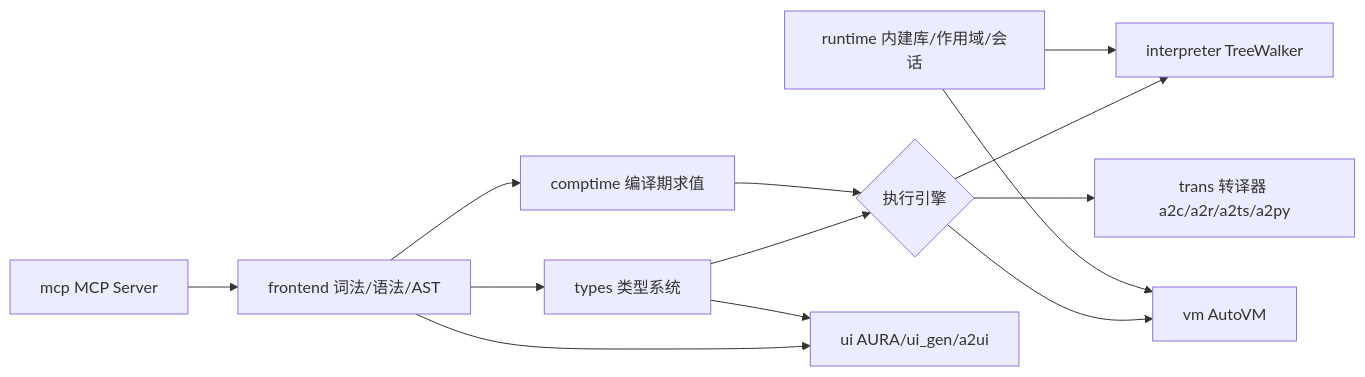
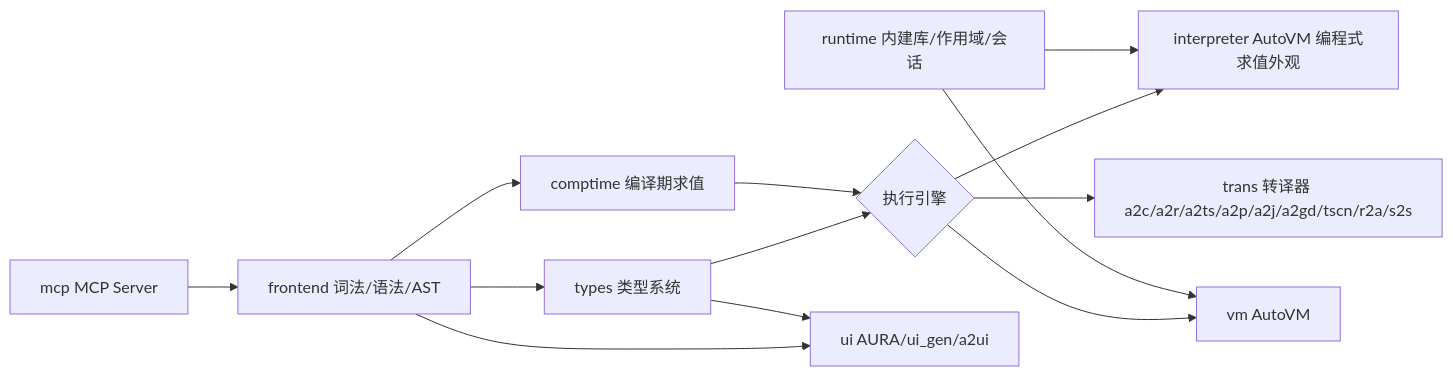
Before and after one commit to auto-stack/auto-lang: the diagram in docs/specs/auto-lang/project.md, drawn with Mermaid. The commit also changed other lines of this file and 3 other files, not shown here.

````diff
--- a/docs/specs/auto-lang/project.md
+++ b/docs/specs/auto-lang/project.md
@@ -18,24 +18,24 @@
 ```mermaid
 graph LR
   FE[frontend 词法/语法/AST] --> TY[types 类型系统]
   FE --> CT[comptime 编译期求值]
   TY --> EX{执行引擎}
   CT --> EX
-  EX --> INT[interpreter TreeWalker]
+  EX --> INT[interpreter AutoVM 编程式求值外观]
   EX --> VM[vm AutoVM]
-  EX --> TR[trans 转译器 a2c/a2r/a2ts/a2py]
+  EX --> TR[trans 转译器 a2c/a2r/a2ts/a2p/a2j/a2gd/tscn/r2a/s2s]
   RT[runtime 内建库/作用域/会话] --> INT
   RT --> VM
   FE --> UI[ui AURA/ui_gen/a2ui]
   TY --> UI
   MCP[mcp MCP Server] --> FE
   click FE "./frontend/" "frontend"
   click TY "./types/" "types"
   click CT "./comptime/" "comptime"
   click INT "./interpreter/" "interpreter"
   click VM "./vm/" "vm"
   click TR "./trans/" "trans"
   click RT "./runtime/" "runtime"
   click UI "./ui/" "ui"
   click MCP "./mcp/" "mcp"
 ```
````
